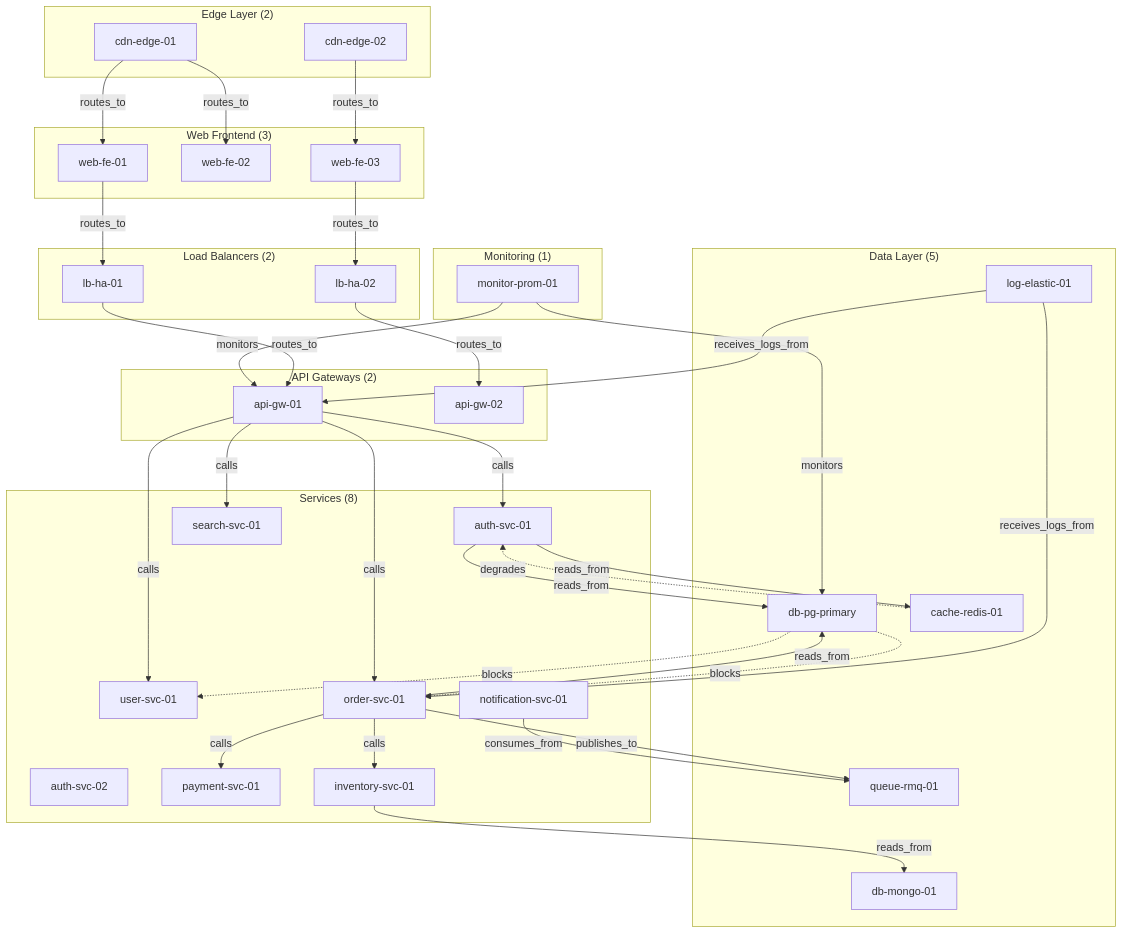
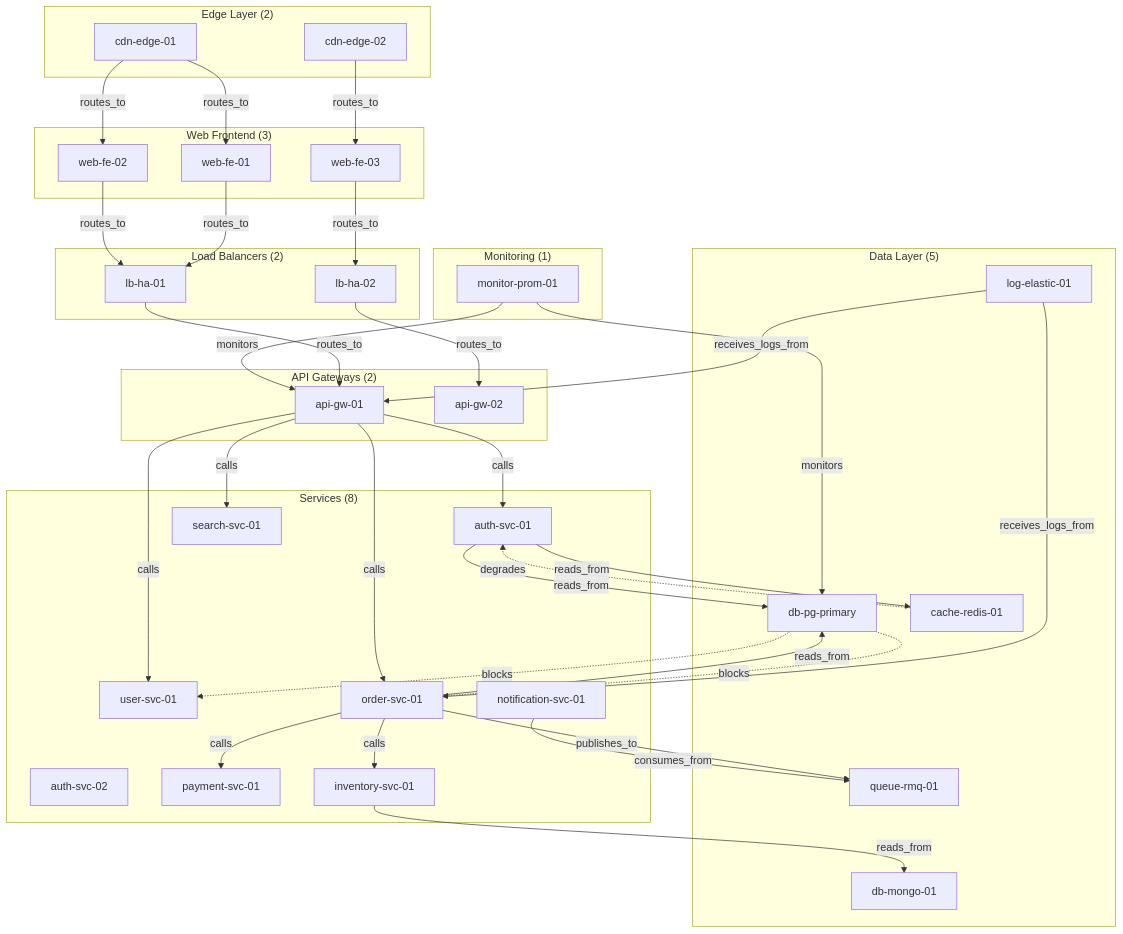
The diagram in examples/showcase/domain/infrastructure_self_healing/README.md (antquinonez/Hyper3), drawn with Mermaid before and after one commit. The commit also changed other lines of this file and 3 other files, not shown here.

````diff
--- a/examples/showcase/domain/infrastructure_self_healing/README.md
+++ b/examples/showcase/domain/infrastructure_self_healing/README.md
@@ -63,74 +63,75 @@
 ```mermaid
 graph TB
     subgraph "Edge Layer (2)"
         CDN1["cdn-edge-01"]
         CDN2["cdn-edge-02"]
     end
 
     subgraph "Web Frontend (3)"
         WF1["web-fe-01"]
         WF2["web-fe-02"]
         WF3["web-fe-03"]
     end
 
     subgraph "Load Balancers (2)"
         LB1["lb-ha-01"]
         LB2["lb-ha-02"]
     end
 
     subgraph "API Gateways (2)"
         AG1["api-gw-01"]
         AG2["api-gw-02"]
     end
 
     subgraph "Services (8)"
         AUTH1["auth-svc-01"]
         AUTH2["auth-svc-02"]
         USER1["user-svc-01"]
         ORDER1["order-svc-01"]
         PAY1["payment-svc-01"]
         INV1["inventory-svc-01"]
         NOTIF["notification-svc-01"]
         SEARCH["search-svc-01"]
     end
 
     subgraph "Data Layer (5)"
         PG["db-pg-primary"]
         REDIS["cache-redis-01"]
         MONGO["db-mongo-01"]
         RMQ["queue-rmq-01"]
         ELASTIC["log-elastic-01"]
     end
 
     subgraph "Monitoring (1)"
         PROM["monitor-prom-01"]
     end
 
     CDN1 --"routes_to"--> WF1
     CDN1 --"routes_to"--> WF2
     CDN2 --"routes_to"--> WF3
     WF1 --"routes_to"--> LB1
+    WF2 --"routes_to"--> LB1
     WF3 --"routes_to"--> LB2
     LB1 --"routes_to"--> AG1
     LB2 --"routes_to"--> AG2
     AG1 --"calls"--> AUTH1
     AG1 --"calls"--> USER1
     AG1 --"calls"--> ORDER1
     AG1 --"calls"--> SEARCH
     ORDER1 --"calls"--> PAY1
     ORDER1 --"calls"--> INV1
     AUTH1 --"reads_from"--> REDIS
     AUTH1 --"reads_from"--> PG
     ORDER1 --"reads_from"--> PG
     ORDER1 --"publishes_to"--> RMQ
     INV1 --"reads_from"--> MONGO
     NOTIF --"consumes_from"--> RMQ
     PROM --"monitors"--> AG1
     PROM --"monitors"--> PG
     ELASTIC --"receives_logs_from"--> AG1
     ELASTIC --"receives_logs_from"--> ORDER1
 
     PG -.->|"blocks"| ORDER1
     PG -.->|"blocks"| USER1
     REDIS -.->|"degrades"| AUTH1
 ```
````
